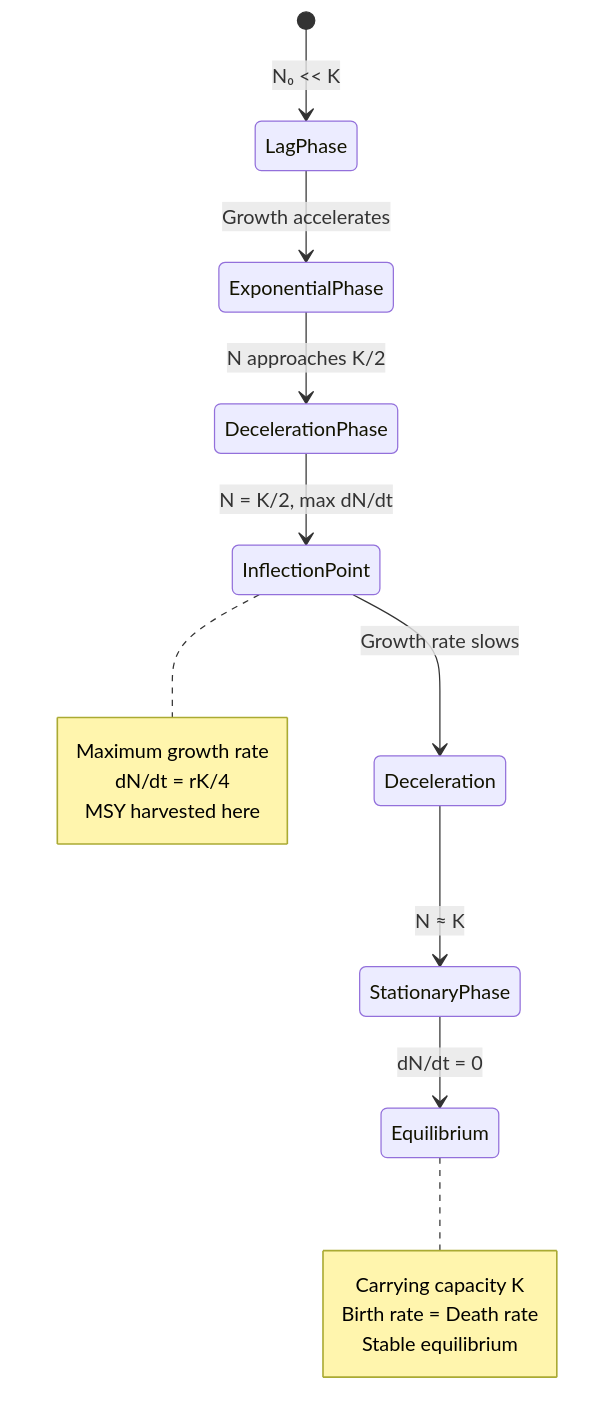
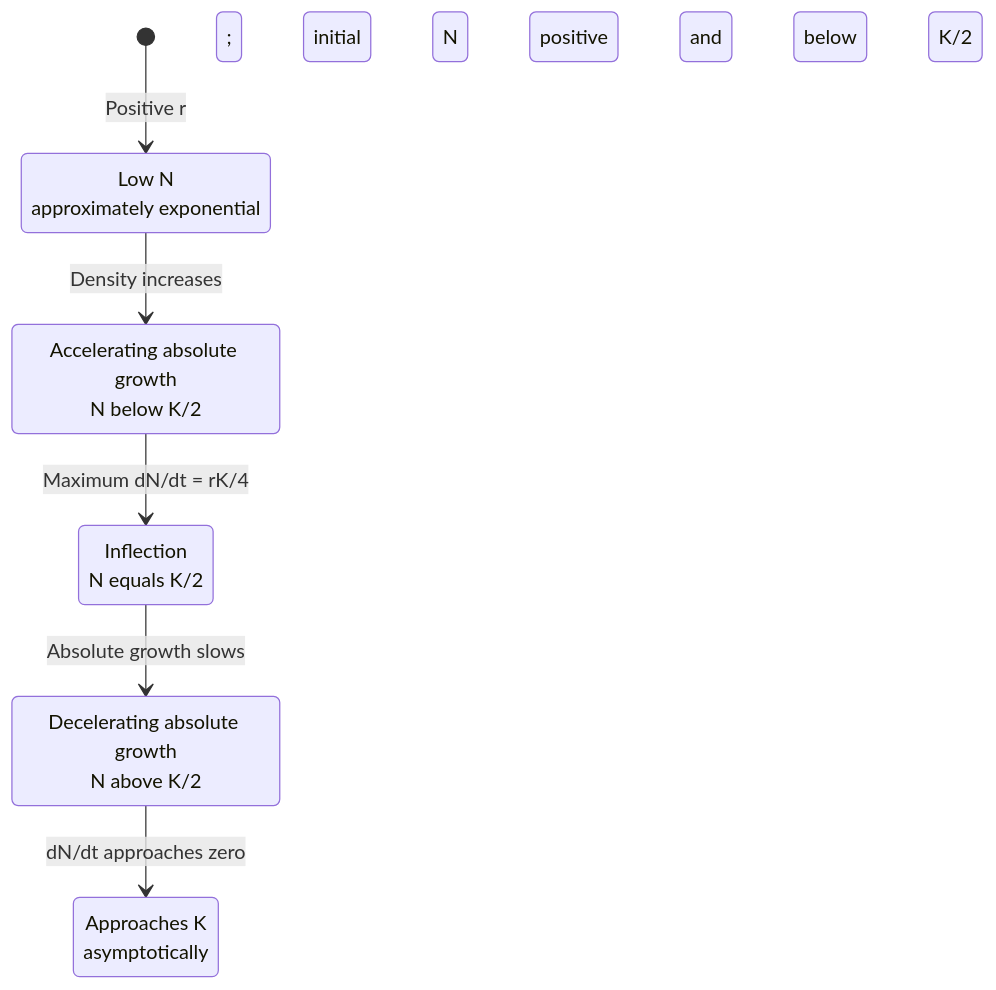
Before and after one commit to docxology/biology_textbook: the second of 4 diagrams in docs/manuscript/unit_X/population_ecology.md, drawn with Mermaid. The commit also changed other lines of this file and 444 other files, not shown here.

````diff
--- a/docs/manuscript/unit_X/population_ecology.md
+++ b/docs/manuscript/unit_X/population_ecology.md
@@ -268,22 +265,13 @@
 ```mermaid
 stateDiagram-v2
-    [*] --> LagPhase: N₀ << K
-    LagPhase --> ExponentialPhase: Growth accelerates
-    ExponentialPhase --> DecelerationPhase: N approaches K/2
-    DecelerationPhase --> InflectionPoint: N = K/2, max dN/dt
-    InflectionPoint --> Deceleration: Growth rate slows
-    Deceleration --> StationaryPhase: N ≈ K
-    StationaryPhase --> Equilibrium: dN/dt = 0
-
-    note right of InflectionPoint
-        Maximum growth rate
-        dN/dt = rK/4
-        MSY harvested here
-    end note
-
-    note right of Equilibrium
-        Carrying capacity K
-        Birth rate = Death rate
-        Stable equilibrium
-    end note
+    [*] --> LowN: Positive r; initial N positive and below K/2
+    LowN: Low N<br/>approximately exponential
+    Accelerating: Accelerating absolute growth<br/>N below K/2
+    Inflection: Inflection<br/>N equals K/2
+    Decelerating: Decelerating absolute growth<br/>N above K/2
+    NearK: Approaches K<br/>asymptotically
+    LowN --> Accelerating: Density increases
+    Accelerating --> Inflection: Maximum dN/dt = rK/4
+    Inflection --> Decelerating: Absolute growth slows
+    Decelerating --> NearK: dN/dt approaches zero
 ```
````
